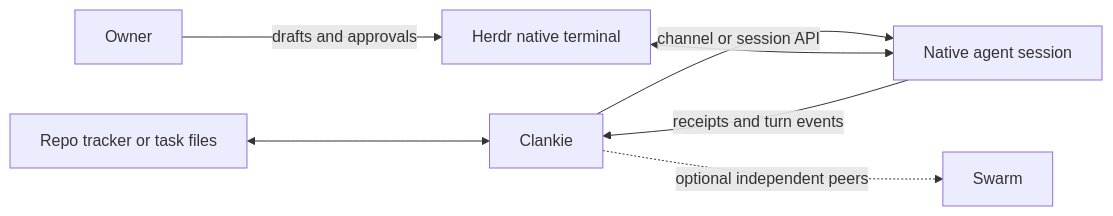
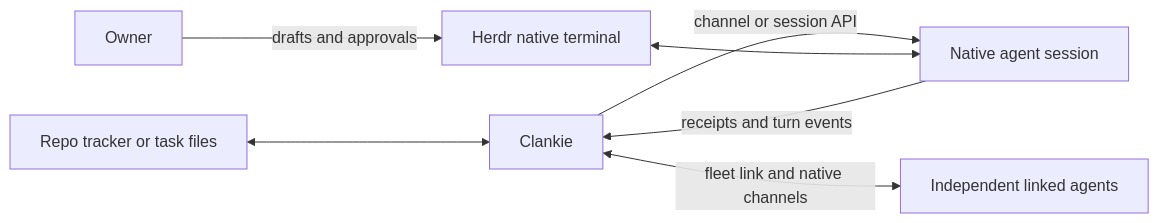
Before and after one commit to Volpestyle/clankie: the diagram in docs/adr/0207-work-records-and-native-agent-delivery.md, drawn with Mermaid. The commit also changed other lines of this file and 122 other files, not shown here.

Commit message:
Retire Clankie's embedded Swarm and retain native fleet access (VUH-1528)

````diff
--- a/docs/adr/0207-work-records-and-native-agent-delivery.md
+++ b/docs/adr/0207-work-records-and-native-agent-delivery.md
@@ -38,9 +38,9 @@
 ```mermaid
 flowchart LR
   Work["Repo tracker or task files"] <--> Clankie
   Clankie -->|"channel or session API"| Harness["Native agent session"]
   Owner -->|"drafts and approvals"| View["Herdr native terminal"]
   View <--> Harness
   Harness -->|"receipts and turn events"| Clankie
-  Clankie -.->|"optional independent peers"| Swarm
+  Clankie <-->|"fleet link and native channels"| Peers["Independent linked agents"]
 ```
````
